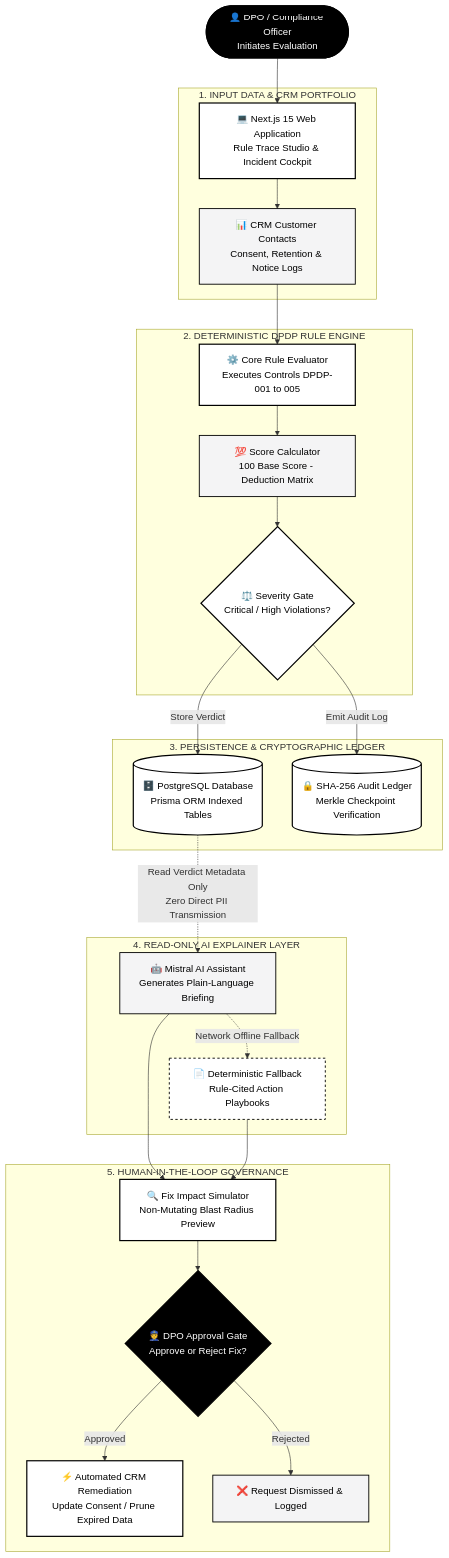
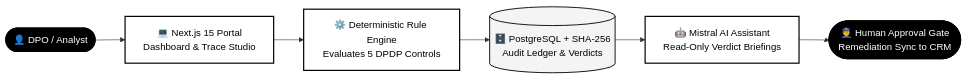
Before and after one commit to VedantVH/SalesForce: the diagram in README.md, drawn with Mermaid. The commit also changed other lines of this file, not shown here.

Commit message:
docs: streamline architecture diagram into concise professional horizontal flow

````diff
--- a/README.md
+++ b/README.md
@@ -51,38 +51,13 @@
 ```mermaid
-flowchart TD
-    %% Black & White Monochrome Style Definition
-    classDef primary fill:#ffffff,stroke:#000000,stroke-width:2px,color:#000000;
-    classDef highlight fill:#000000,stroke:#000000,stroke-width:2px,color:#ffffff;
+flowchart LR
+    %% Black & White Minimalist Architecture
+    classDef dark fill:#000000,stroke:#000000,stroke-width:2px,color:#ffffff;
+    classDef light fill:#ffffff,stroke:#000000,stroke-width:2px,color:#000000;
     classDef soft fill:#f4f4f5,stroke:#000000,stroke-width:1.5px,color:#000000;
-    classDef dashed fill:#ffffff,stroke:#000000,stroke-width:1.5px,stroke-dasharray: 4 4,color:#000000;
 
-    User([👤 DPO / Compliance Officer<br>Initiates Evaluation]):::highlight --> UI[💻 Next.js 15 Web Application<br>Rule Trace Studio & Incident Cockpit]:::primary
-
-    subgraph STEP1 ["1. INPUT DATA & CRM PORTFOLIO"]
-        UI --> Contacts[📊 CRM Customer Contacts<br>Consent, Retention & Notice Logs]:::soft
-    end
-
-    subgraph STEP2 ["2. DETERMINISTIC DPDP RULE ENGINE"]
-        Contacts --> Engine[⚙️ Core Rule Evaluator<br>Executes Controls DPDP-001 to 005]:::primary
-        Engine --> Score[💯 Score Calculator<br>100 Base Score - Deduction Matrix]:::soft
-        Score --> Gate{⚖️ Severity Gate<br>Critical / High Violations?}:::primary
-    end
-
-    subgraph STEP3 ["3. PERSISTENCE & CRYPTOGRAPHIC LEDGER"]
-        Gate -->|"Store Verdict"| DB[(🗄️ PostgreSQL Database<br>Prisma ORM Indexed Tables)]:::primary
-        Gate -->|"Emit Audit Log"| Ledger[(🔒 SHA-256 Audit Ledger<br>Merkle Checkpoint Verification)]:::primary
-    end
-
-    subgraph STEP4 ["4. READ-ONLY AI EXPLAINER LAYER"]
-        DB -.->|"Read Verdict Metadata Only<br>Zero Direct PII Transmission"| AI[🤖 Mistral AI Assistant<br>Generates Plain-Language Briefing]:::soft
-        AI -.->|"Network Offline Fallback"| Fallback[📄 Deterministic Fallback<br>Rule-Cited Action Playbooks]:::dashed
-    end
-
-    subgraph STEP5 ["5. HUMAN-IN-THE-LOOP GOVERNANCE"]
-        AI --> Portal[🔍 Fix Impact Simulator<br>Non-Mutating Blast Radius Preview]:::primary
-        Fallback --> Portal
-        Portal --> Decision{👮 DPO Approval Gate<br>Approve or Reject Fix?}:::highlight
-        Decision -->|"Approved"| Sync[⚡ Automated CRM Remediation<br>Update Consent / Prune Expired Data]:::primary
-        Decision -->|"Rejected"| Dismiss[❌ Request Dismissed & Logged]:::soft
-    end
+    User([👤 DPO / Analyst]):::dark --> Web[💻 Next.js 15 Portal<br>Dashboard & Trace Studio]:::light
+    Web --> Engine[⚙️ Deterministic Rule Engine<br>Evaluates 5 DPDP Controls]:::light
+    Engine --> DB[(🗄️ PostgreSQL + SHA-256<br>Audit Ledger & Verdicts)]:::soft
+    DB --> AI[🤖 Mistral AI Assistant<br>Read-Only Verdict Briefings]:::light
+    AI --> Approval([👮 Human Approval Gate<br>Remediation Sync to CRM]):::dark
 ```
````
